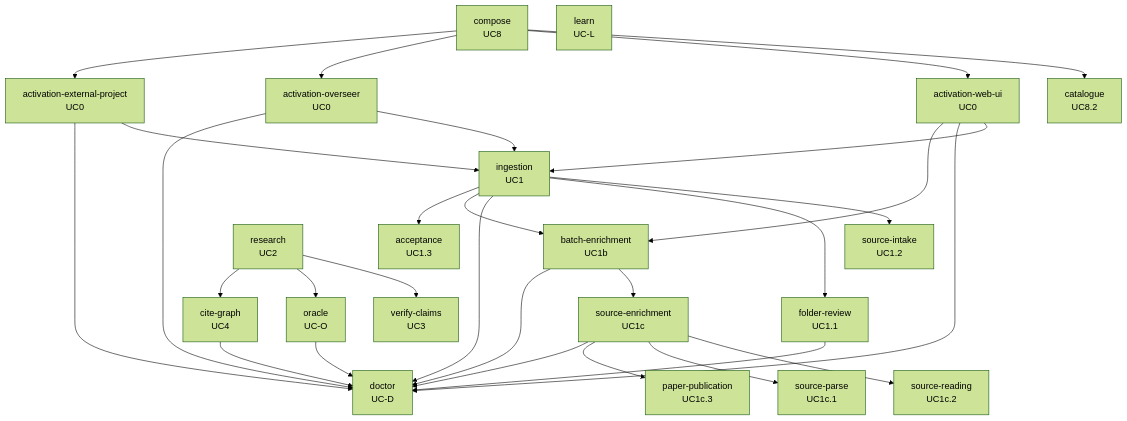
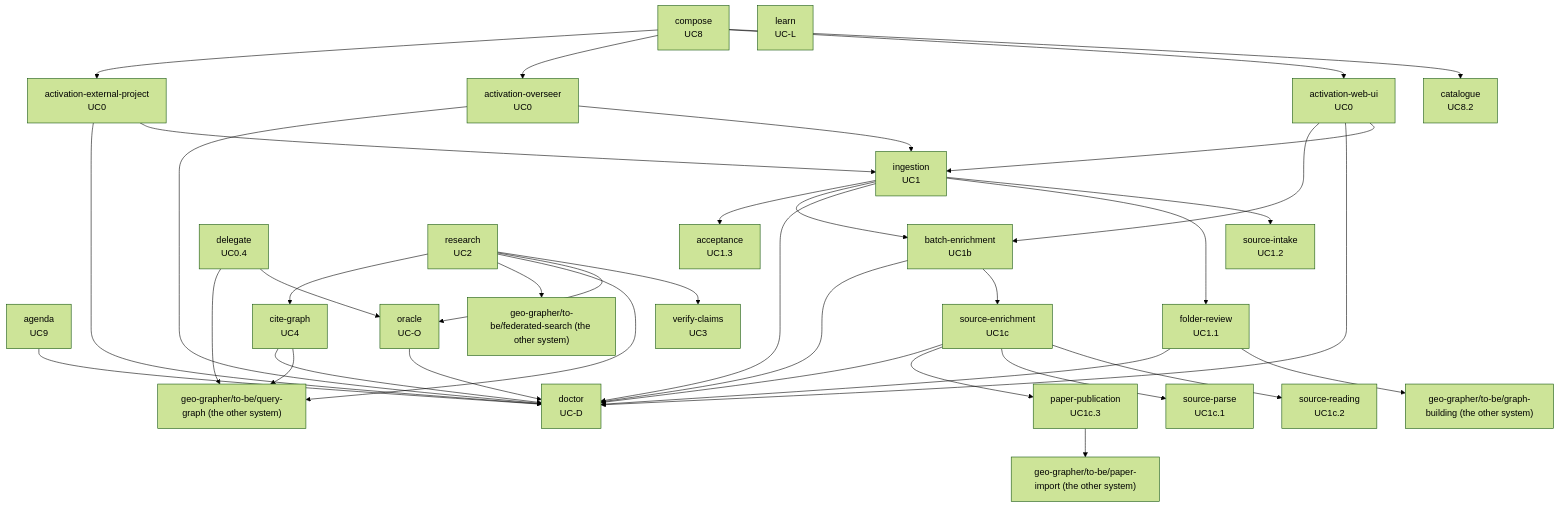
Before and after one commit to Jake36999/Librarian_V2: the diagram in reports/2026-11-25-systems-analysis-finalisation/librarian/to-be/composition.md, drawn with Mermaid (forest theme). The commit also changed other lines of this file and 36 other files, not shown here.

````diff
--- a/reports/2026-11-25-systems-analysis-finalisation/librarian/to-be/composition.md
+++ b/reports/2026-11-25-systems-analysis-finalisation/librarian/to-be/composition.md
@@ -5,51 +5,65 @@
 ```mermaid
 flowchart TD
   acceptance["acceptance<br/>UC1.3"]
   activation_external_project["activation-external-project<br/>UC0"]
   activation_overseer["activation-overseer<br/>UC0"]
   activation_web_ui["activation-web-ui<br/>UC0"]
+  agenda["agenda<br/>UC9"]
   batch_enrichment["batch-enrichment<br/>UC1b"]
   catalogue["catalogue<br/>UC8.2"]
   cite_graph["cite-graph<br/>UC4"]
   compose["compose<br/>UC8"]
+  delegate["delegate<br/>UC0.4"]
   doctor["doctor<br/>UC-D"]
   folder_review["folder-review<br/>UC1.1"]
   ingestion["ingestion<br/>UC1"]
   learn["learn<br/>UC-L"]
   oracle["oracle<br/>UC-O"]
   paper_publication["paper-publication<br/>UC1c.3"]
   research["research<br/>UC2"]
   source_enrichment["source-enrichment<br/>UC1c"]
   source_intake["source-intake<br/>UC1.2"]
   source_parse["source-parse<br/>UC1c.1"]
   source_reading["source-reading<br/>UC1c.2"]
   verify_claims["verify-claims<br/>UC3"]
   activation_external_project --> doctor
   activation_external_project --> ingestion
   activation_overseer --> doctor
   activation_overseer --> ingestion
   activation_web_ui --> batch_enrichment
   activation_web_ui --> doctor
   activation_web_ui --> ingestion
+  agenda --> doctor
   batch_enrichment --> doctor
   batch_enrichment --> source_enrichment
   cite_graph --> doctor
+  geo_grapher_to_be_query_graph["geo-grapher/to-be/query-graph (the other system)"]
+  cite_graph --> geo_grapher_to_be_query_graph
   compose --> activation_external_project
   compose --> activation_overseer
   compose --> activation_web_ui
   compose --> catalogue
+  delegate --> geo_grapher_to_be_query_graph
+  delegate --> oracle
   folder_review --> doctor
+  geo_grapher_to_be_graph_building["geo-grapher/to-be/graph-building (the other system)"]
+  folder_review --> geo_grapher_to_be_graph_building
   ingestion --> acceptance
   ingestion --> batch_enrichment
   ingestion --> doctor
   ingestion --> folder_review
   ingestion --> source_intake
   oracle --> doctor
+  geo_grapher_to_be_paper_import["geo-grapher/to-be/paper-import (the other system)"]
+  paper_publication --> geo_grapher_to_be_paper_import
   research --> cite_graph
+  geo_grapher_to_be_federated_search["geo-grapher/to-be/federated-search (the other system)"]
+  research --> geo_grapher_to_be_federated_search
+  research --> geo_grapher_to_be_query_graph
   research --> oracle
   research --> verify_claims
   source_enrichment --> doctor
   source_enrichment --> paper_publication
   source_enrichment --> source_parse
   source_enrichment --> source_reading
 ```
````
